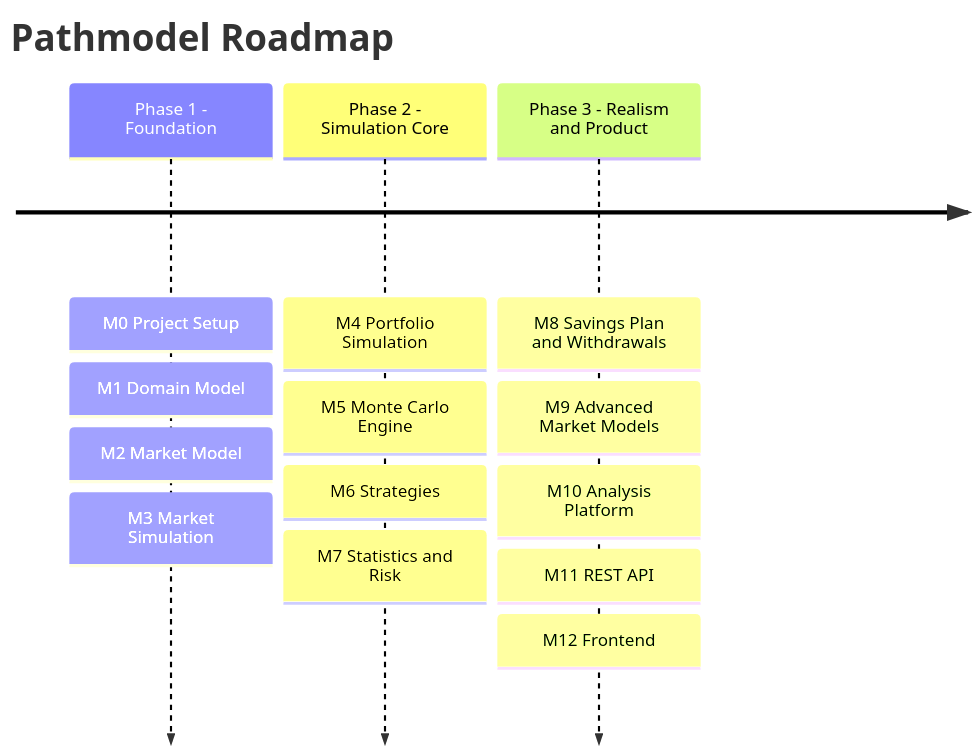
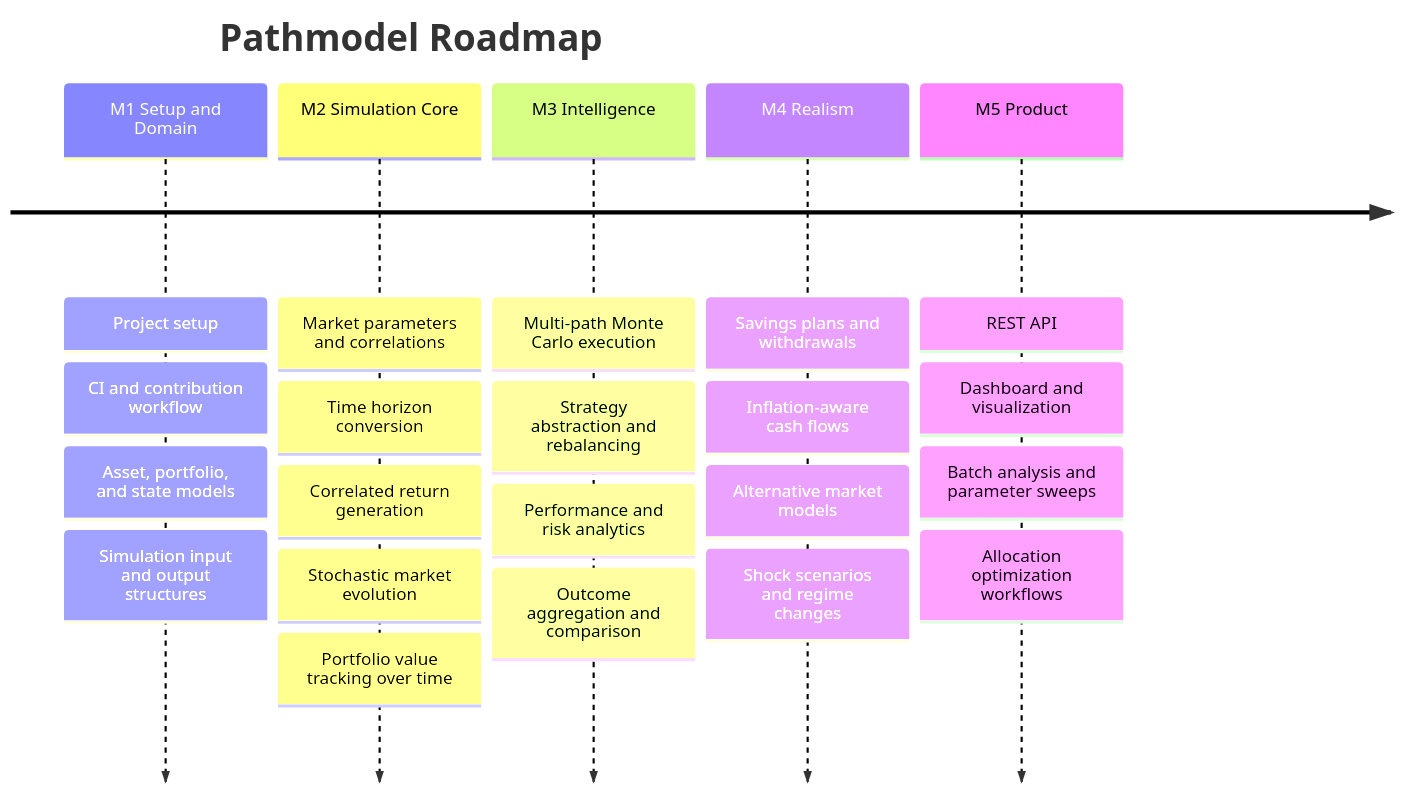
One commit to philihoffi/Pathmodel changed the diagram in README.md. Above: the diagram before and after it, drawn with Mermaid. The commit also changed other lines of this file, not shown here.

Commit message:
docs: update roadmap and milestones in README for improved clarity and project structure

````diff
--- a/README.md
+++ b/README.md
@@ -95,17 +95,25 @@
 ```mermaid
 timeline
     title Pathmodel Roadmap
-    Phase 1 - Foundation: M0 Project Setup
-            : M1 Domain Model
-            : M2 Market Model
-            : M3 Market Simulation
-    Phase 2 - Simulation Core: M4 Portfolio Simulation
-            : M5 Monte Carlo Engine
-            : M6 Strategies
-            : M7 Statistics and Risk
-    Phase 3 - Realism and Product: M8 Savings Plan and Withdrawals
-            : M9 Advanced Market Models
-            : M10 Analysis Platform
-            : M11 REST API
-            : M12 Frontend
+    M1 Setup and Domain: Project setup
+            : CI and contribution workflow
+            : Asset, portfolio, and state models
+            : Simulation input and output structures
+    M2 Simulation Core: Market parameters and correlations
+            : Time horizon conversion
+            : Correlated return generation
+            : Stochastic market evolution
+            : Portfolio value tracking over time
+    M3 Intelligence: Multi-path Monte Carlo execution
+            : Strategy abstraction and rebalancing
+            : Performance and risk analytics
+            : Outcome aggregation and comparison
+    M4 Realism: Savings plans and withdrawals
+            : Inflation-aware cash flows
+            : Alternative market models
+            : Shock scenarios and regime changes
+    M5 Product: REST API
+            : Dashboard and visualization
+            : Batch analysis and parameter sweeps
+            : Allocation optimization workflows
 ```
````
